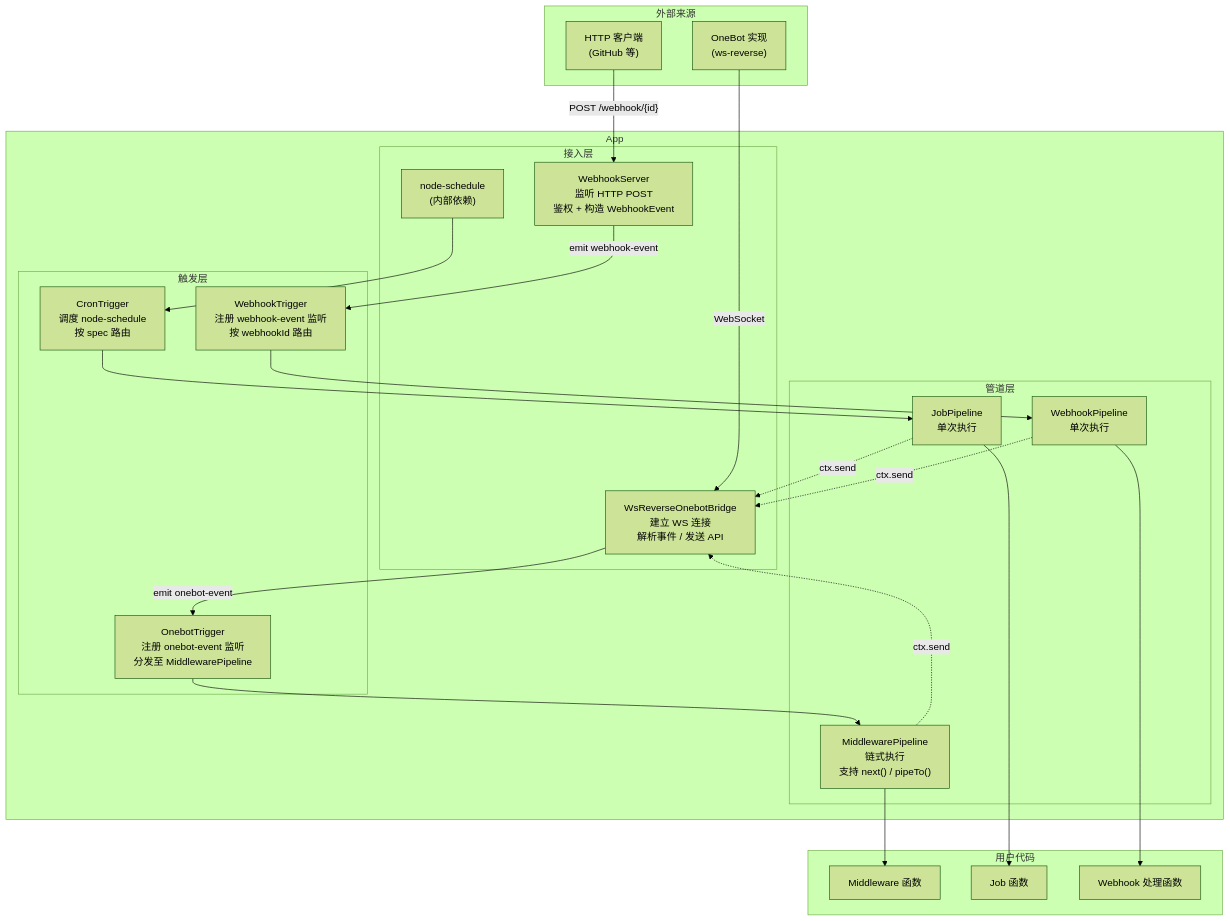
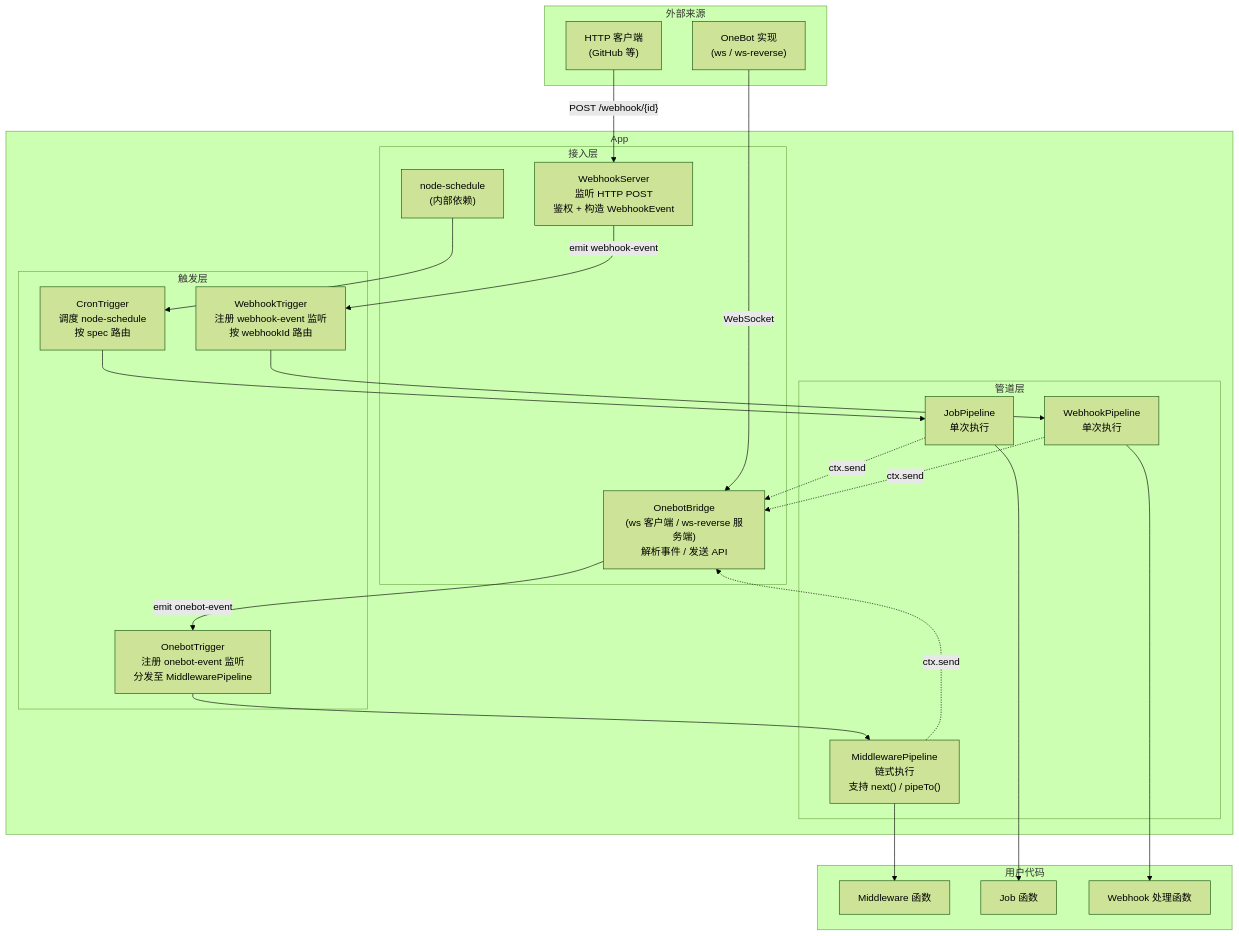
One commit to HomeArchbishop/aurorax changed the diagram in docs/dev/architecture-overview.md. Above: the diagram before and after it, drawn with Mermaid (forest theme). The commit also changed other lines of this file and 16 other files, not shown here.

Commit message:
feat(onebot): support both 'ws' and 'ws-reverse' connection types; update documentation and examples accordingly

````diff
--- a/docs/dev/architecture-overview.md
+++ b/docs/dev/architecture-overview.md
@@ -7,52 +7,52 @@
 ```mermaid
 graph TB
     subgraph "外部来源"
-        Onebot["OneBot 实现\n(ws-reverse)"]
+        Onebot["OneBot 实现\n(ws / ws-reverse)"]
         HttpClient["HTTP 客户端\n(GitHub 等)"]
     end
 
     subgraph "App"
         subgraph "接入层"
-            OnebotBridge["WsReverseOnebotBridge\n建立 WS 连接\n解析事件 / 发送 API"]
+            OnebotBridge["OnebotBridge\n(ws 客户端 / ws-reverse 服务端)\n解析事件 / 发送 API"]
             WebhookServer["WebhookServer\n监听 HTTP POST\n鉴权 + 构造 WebhookEvent"]
             CronInternal["node-schedule\n(内部依赖)"]
         end
 
         subgraph "触发层"
             OnebotTrigger["OnebotTrigger\n注册 onebot-event 监听\n分发至 MiddlewarePipeline"]
             WebhookTrigger["WebhookTrigger\n注册 webhook-event 监听\n按 webhookId 路由"]
             CronTrigger["CronTrigger\n调度 node-schedule\n按 spec 路由"]
         end
 
         subgraph "管道层"
             MP["MiddlewarePipeline\n链式执行\n支持 next() / pipeTo()"]
             JP["JobPipeline\n单次执行"]
             WP["WebhookPipeline\n单次执行"]
         end
     end
 
     subgraph "用户代码"
         Middleware["Middleware 函数"]
         Job["Job 函数"]
         Webhook["Webhook 处理函数"]
     end
 
     Onebot -- "WebSocket" --> OnebotBridge
     HttpClient -- "POST /webhook/{id}" --> WebhookServer
     CronInternal --> CronTrigger
 
     OnebotBridge -- "emit onebot-event" --> OnebotTrigger
     WebhookServer -- "emit webhook-event" --> WebhookTrigger
 
     OnebotTrigger --> MP
     WebhookTrigger --> WP
     CronTrigger --> JP
 
     MP --> Middleware
     JP --> Job
     WP --> Webhook
 
     MP -. "ctx.send" .-> OnebotBridge
     JP -. "ctx.send" .-> OnebotBridge
     WP -. "ctx.send" .-> OnebotBridge
 ```
````
